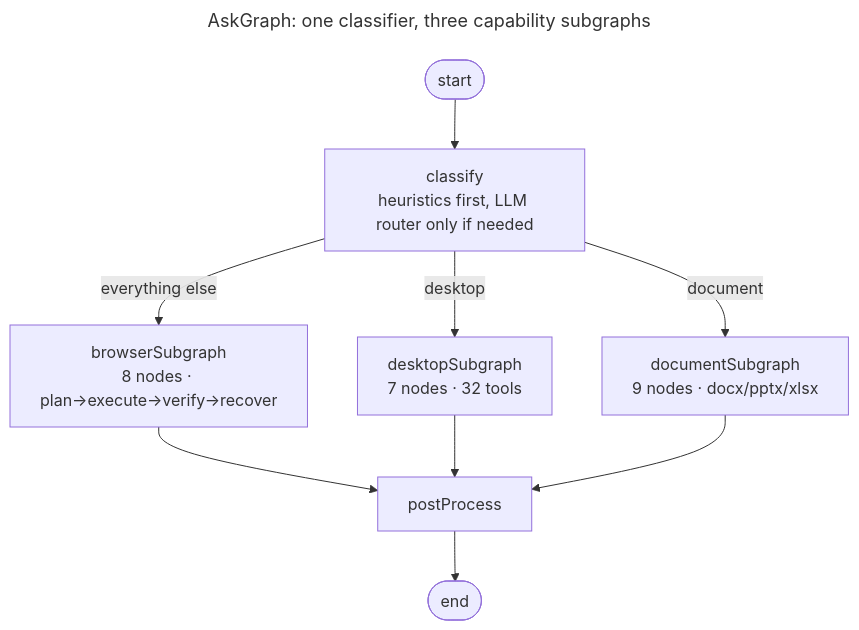
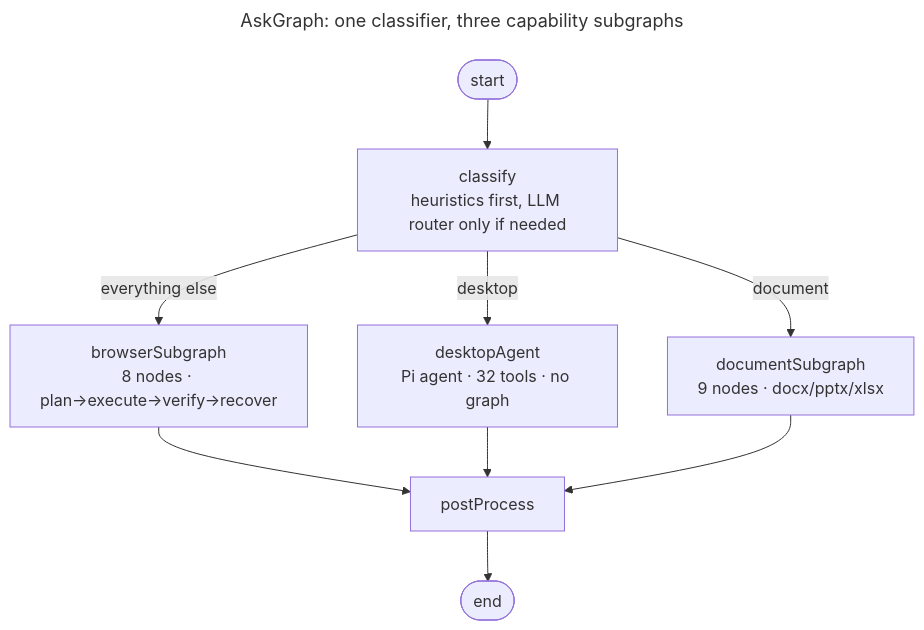
The second of 2 diagrams in README.md (Launchero/Qyther), drawn with Mermaid before and after one commit. The commit also changed other lines of this file and 10 other files, not shown here.

````diff
--- a/README.md
+++ b/README.md
@@ -89,14 +89,14 @@
 ```mermaid
 ---
 title: "AskGraph: one classifier, three capability subgraphs"
 ---
 flowchart TB
   S(["start"]) --> C["classify<br/>heuristics first, LLM router only if needed"]
-  C -- "desktop" --> D["desktopSubgraph<br/>7 nodes · 32 tools"]
+  C -- "desktop" --> D["desktopAgent<br/>Pi agent · 32 tools · no graph"]
   C -- "document" --> DOC["documentSubgraph<br/>9 nodes · docx/pptx/xlsx"]
   C -- "everything else" --> B["browserSubgraph<br/>8 nodes · plan→execute→verify→recover"]
   B --> PP["postProcess"]
   D --> PP
   DOC --> PP
   PP --> E(["end"])
 ```
````
